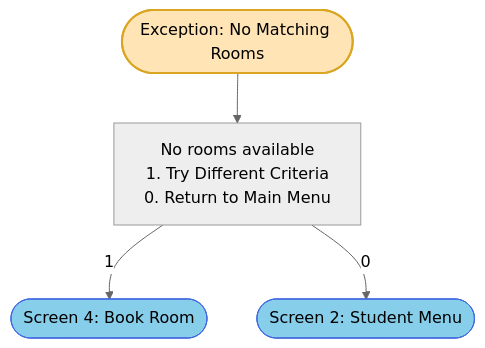
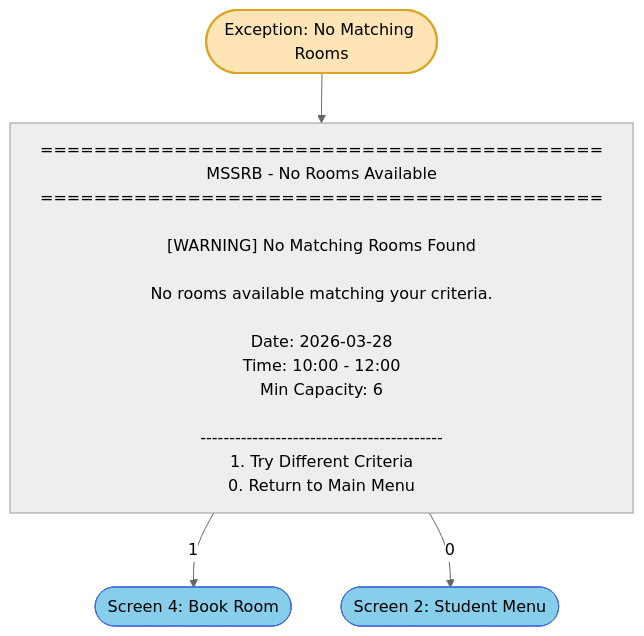
Before and after one commit to alii0110-monash/fit5136-study-room-booking: the diagram in mermaid/member_b/exception_no_rooms.mmd, drawn with Mermaid (neutral theme). The commit also changed 14 other files, not shown here.

First line of the commit message:
Convert all Mermaid files to screen-style format

```diff
--- a/mermaid/member_b/exception_no_rooms.mmd
+++ b/mermaid/member_b/exception_no_rooms.mmd
@@ -1,13 +1,31 @@
 flowchart TB
     NO_ROOMS(["Exception: No Matching Rooms"])
-    NR1["No rooms available<br>1. Try Different Criteria<br>0. Return to Main Menu"]
+
+    NR1["
+==========================================
+MSSRB - No Rooms Available
+==========================================
+
+[WARNING] No Matching Rooms Found
+
+No rooms available matching your criteria.
+
+Date: 2026-03-28
+Time: 10:00 - 12:00
+Min Capacity: 6
+
+------------------------------------------
+1. Try Different Criteria
+0. Return to Main Menu
+    "]
+
     BOOK(["Screen 4: Book Room"])
     STUDENT_MENU(["Screen 2: Student Menu"])
 
     NO_ROOMS --> NR1
     NR1 -->|"1"| BOOK
     NR1 -->|"0"| STUDENT_MENU
 
     style NO_ROOMS fill:#FFE4B5,stroke:#DAA520,stroke-width:2px
     style BOOK fill:#87CEEB,stroke:#4169E1
     style STUDENT_MENU fill:#87CEEB,stroke:#4169E1
```
